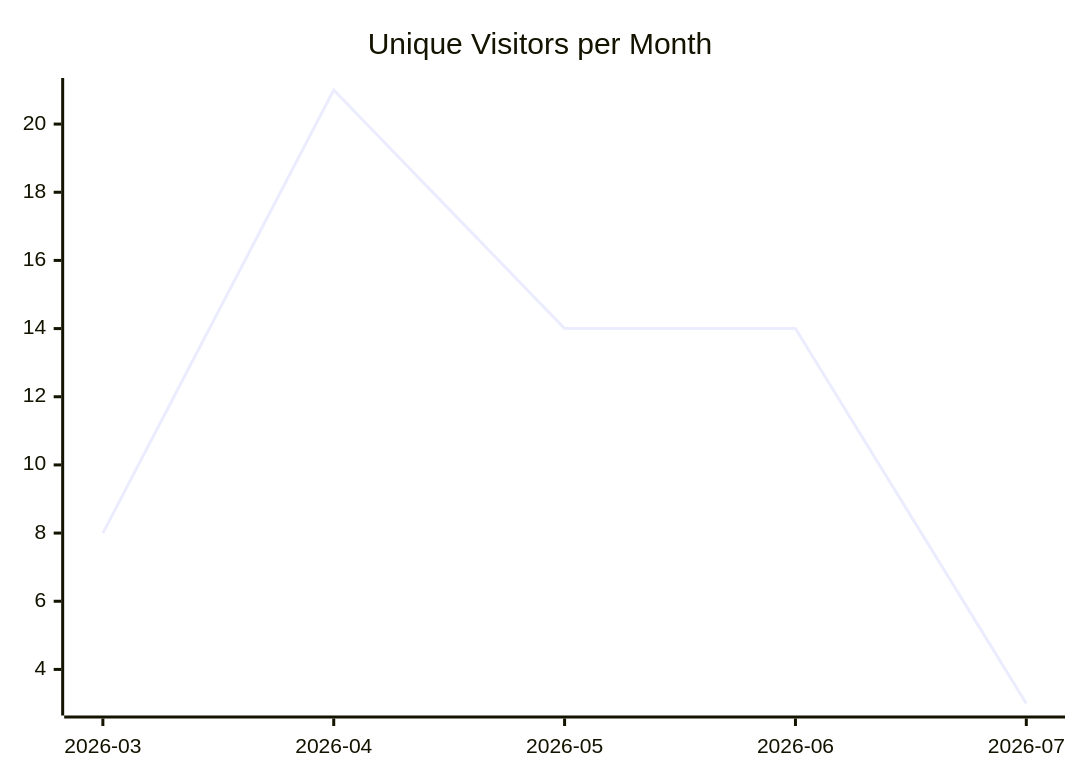
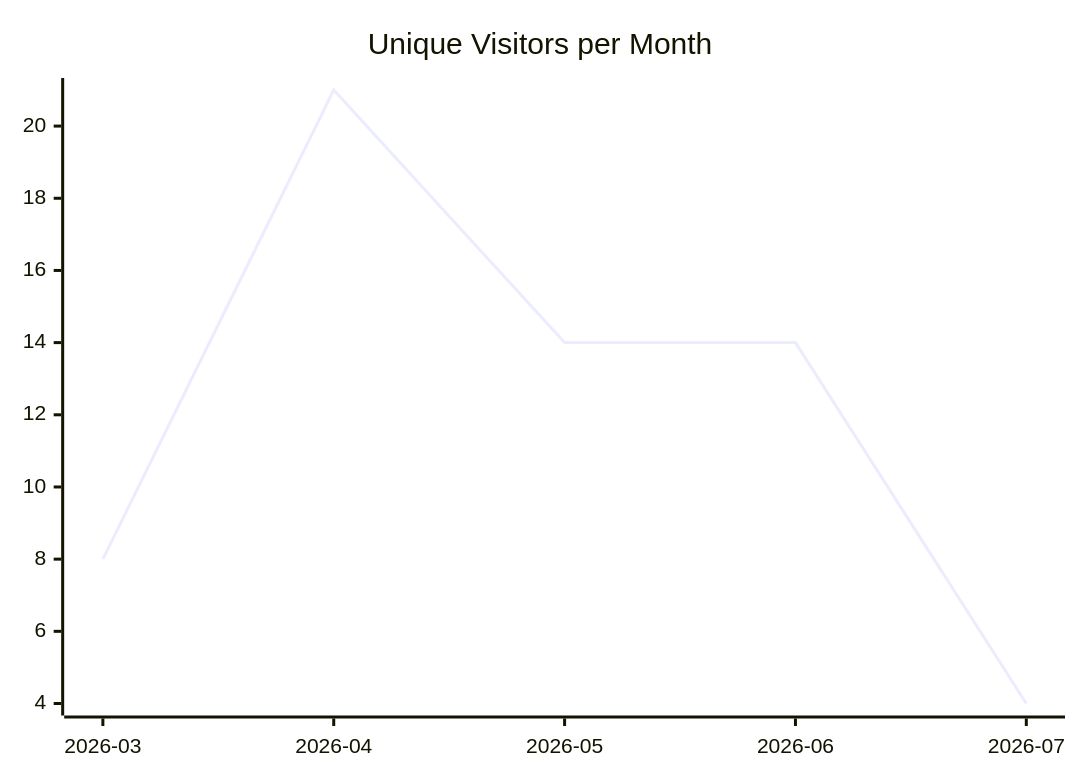
One commit to justdavis-family/github-analytics-data changed the first of 3 diagrams in karlmdavis/ksoap2-android/README.md. Above: the diagram before and after it, drawn with Mermaid. The commit also changed other lines of this file and 169 other files, not shown here.

````diff
--- a/karlmdavis/ksoap2-android/README.md
+++ b/karlmdavis/ksoap2-android/README.md
@@ -5,6 +5,6 @@
 ```mermaid
 xychart-beta
   title "Unique Visitors per Month"
   x-axis ["2026-03", "2026-04", "2026-05", "2026-06", "2026-07"]
-  line [8, 21, 14, 14, 3]
+  line [8, 21, 14, 14, 4]
 ```
````
